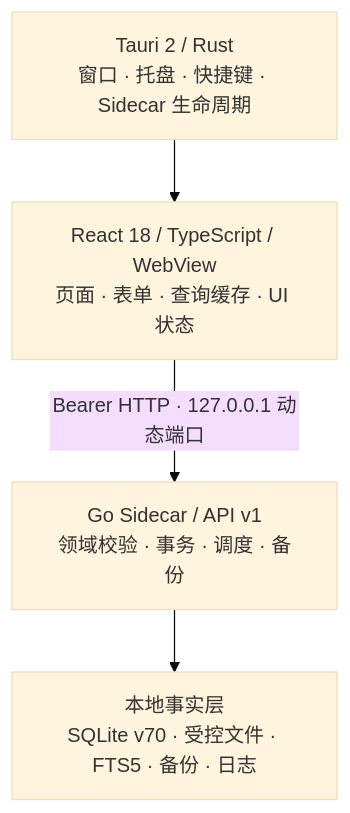
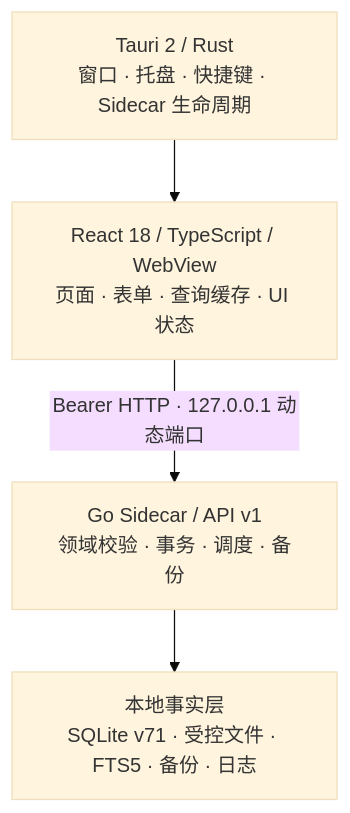
Before and after one commit to DingxinTao0417/opc-workspace: the diagram in README.md, drawn with Mermaid (base theme). The commit also changed other lines of this file and 90 other files, not shown here.

````diff
--- a/README.md
+++ b/README.md
@@ -128,11 +128,11 @@
 ```mermaid
 flowchart TB
     Desktop["Tauri 2 / Rust<br/>窗口 · 托盘 · 快捷键 · Sidecar 生命周期"]
     Web["React 18 / TypeScript / WebView<br/>页面 · 表单 · 查询缓存 · UI 状态"]
     API["Go Sidecar / API v1<br/>领域校验 · 事务 · 调度 · 备份"]
-    Data["本地事实层<br/>SQLite v70 · 受控文件 · FTS5 · 备份 · 日志"]
+    Data["本地事实层<br/>SQLite v71 · 受控文件 · FTS5 · 备份 · 日志"]
 
     Desktop --> Web
     Web -->|"Bearer HTTP · 127.0.0.1 动态端口"| API
     API --> Data
 ```
````
